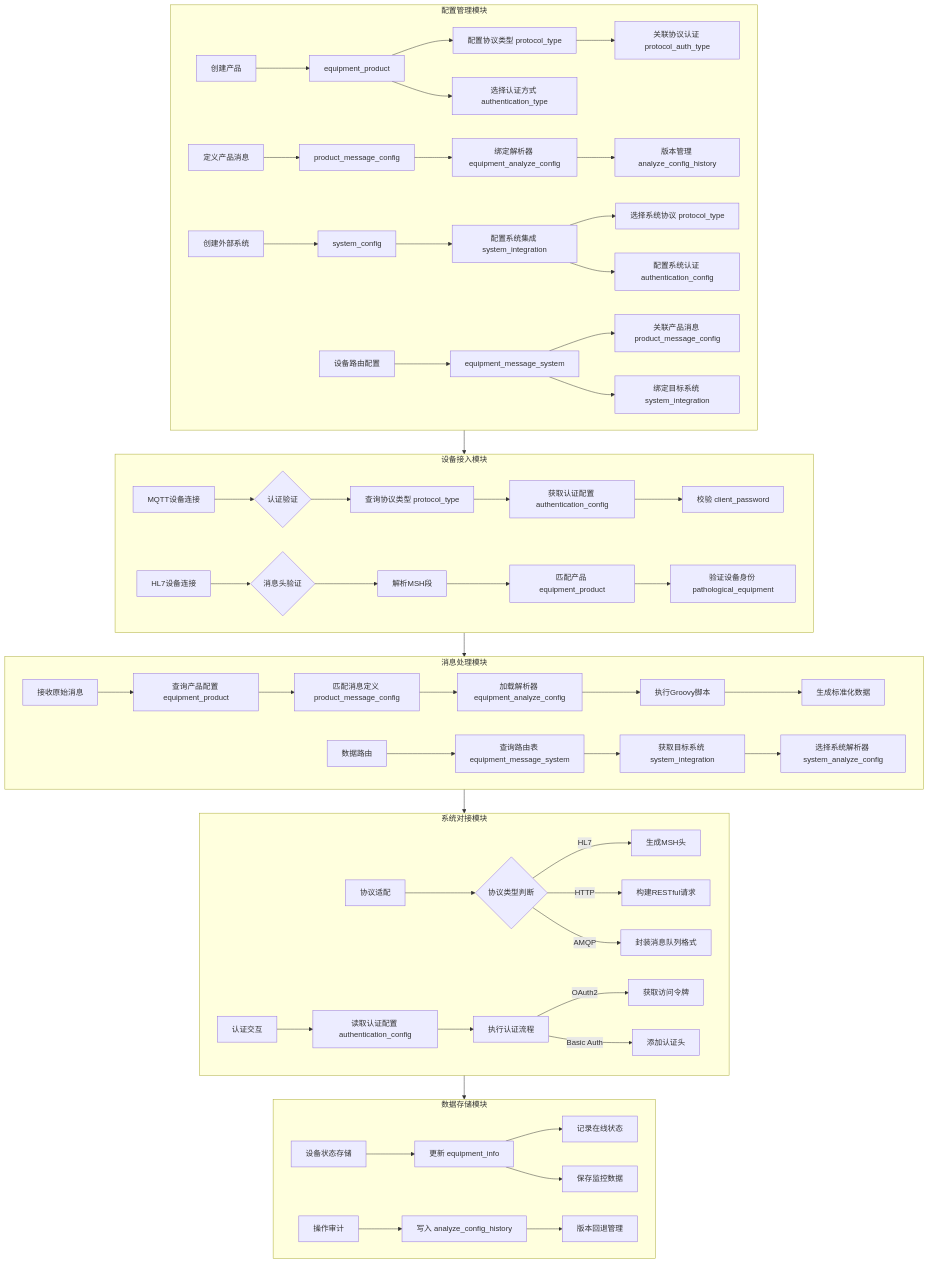
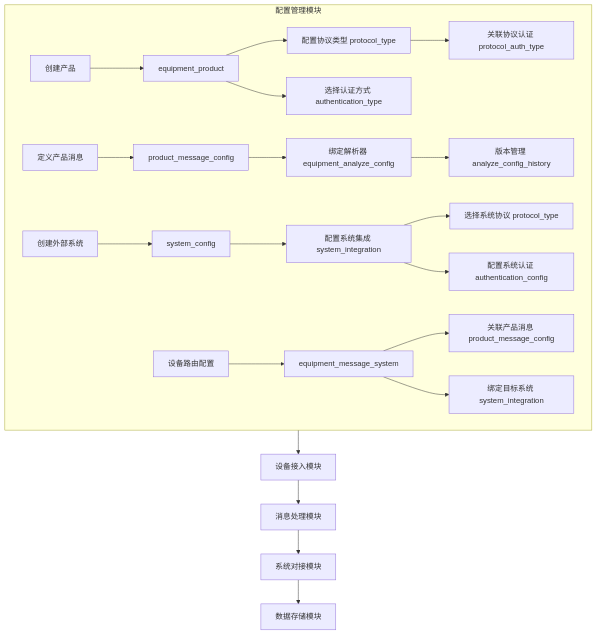
The diagram in all/未命名-5.md (fuyong859050943/iodraw-files), drawn with Mermaid before and after one commit.

Commit message:
2025-02-25 17:37:11 update

````diff
--- a/all/未命名-5.md
+++ b/all/未命名-5.md
@@ -1,72 +1,28 @@
 ```mermaid
 flowchart TD
     subgraph 配置管理模块
         A1[创建产品] --> A2[equipment_product]
         A2 --> A3[配置协议类型 protocol_type]
         A2 --> A4[选择认证方式 authentication_type]
         A3 --> A5[关联协议认证 protocol_auth_type]
         
         B1[定义产品消息] --> B2[product_message_config]
         B2 --> B3[绑定解析器 equipment_analyze_config]
         B3 --> B4[版本管理 analyze_config_history]
         
         C1[创建外部系统] --> C2[system_config]
         C2 --> C3[配置系统集成 system_integration]
         C3 --> C4[选择系统协议 protocol_type]
         C3 --> C5[配置系统认证 authentication_config]
         
         D1[设备路由配置] --> D2[equipment_message_system]
         D2 --> D3[关联产品消息 product_message_config]
         D2 --> D4[绑定目标系统 system_integration]
     end
-    
-    subgraph 设备接入模块
-        E1[MQTT设备连接] --> E2{认证验证}
-        E2 --> E3[查询协议类型 protocol_type]
-        E3 --> E4[获取认证配置 authentication_config]
-        E4 --> E5[校验 client_password]
-        
-        F1[HL7设备连接] --> F2{消息头验证}
-        F2 --> F3[解析MSH段]
-        F3 --> F4[匹配产品 equipment_product]
-        F4 --> F5[验证设备身份 pathological_equipment]
-    end
-    
-    subgraph 消息处理模块
-        G1[接收原始消息] --> G2[查询产品配置 equipment_product]
-        G2 --> G3[匹配消息定义 product_message_config]
-        G3 --> G4[加载解析器 equipment_analyze_config]
-        G4 --> G5[执行Groovy脚本]
-        G5 --> G6[生成标准化数据]
-        
-        H1[数据路由] --> H2[查询路由表 equipment_message_system]
-        H2 --> H3[获取目标系统 system_integration]
-        H3 --> H4[选择系统解析器 system_analyze_config]
-    end
-    
-    subgraph 系统对接模块
-        I1[协议适配] --> I2{协议类型判断}
-        I2 -->|HL7| I3[生成MSH头]
-        I2 -->|HTTP| I4[构建RESTful请求]
-        I2 -->|AMQP| I5[封装消息队列格式]
-        
-        J1[认证交互] --> J2[读取认证配置 authentication_config]
-        J2 --> J3[执行认证流程]
-        J3 -->|OAuth2| J4[获取访问令牌]
-        J3 -->|Basic Auth| J5[添加认证头]
-    end
-    
-    subgraph 数据存储模块
-        K1[设备状态存储] --> K2[更新 equipment_info]
-        K2 --> K3[记录在线状态]
-        K2 --> K4[保存监控数据]
-        
-        L1[操作审计] --> L2[写入 analyze_config_history]
-        L2 --> L3[版本回退管理]
-    end
+
     
     配置管理模块 --> 设备接入模块
     设备接入模块 --> 消息处理模块
     消息处理模块 --> 系统对接模块
     系统对接模块 --> 数据存储模块
 ```
````
